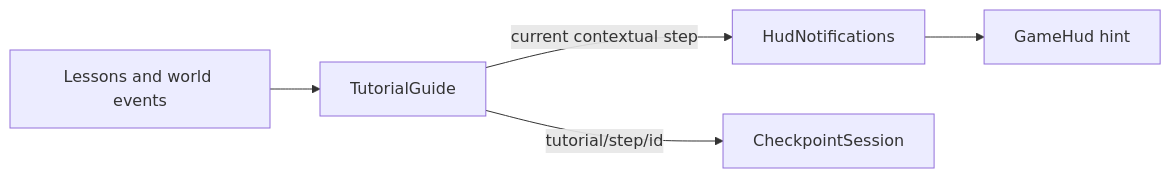
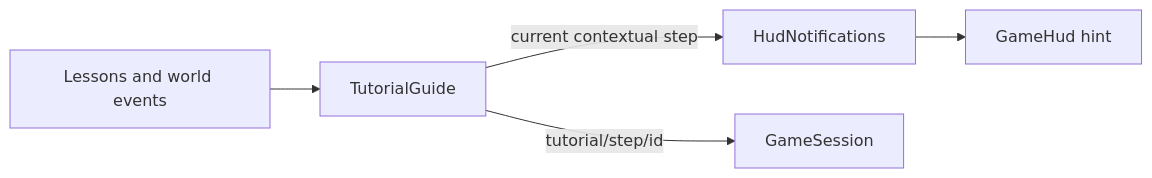
The sixth of 6 diagrams in Docs/SystemsOverview.md (Ronno7/RoadOfTheOldKing), drawn with Mermaid before and after one commit. The commit also changed other lines of this file and 347 other files, not shown here.

````diff
--- a/Docs/SystemsOverview.md
+++ b/Docs/SystemsOverview.md
@@ -323,7 +332,7 @@
 ```mermaid
 flowchart LR
   E["Lessons and world events"] --> G[TutorialGuide]
   G -->|"current contextual step"| N[HudNotifications]
   N --> H[GameHud hint]
-  G -->|"tutorial/step/id"| S[CheckpointSession]
+  G -->|"tutorial/step/id"| S[GameSession]
 ```
````
